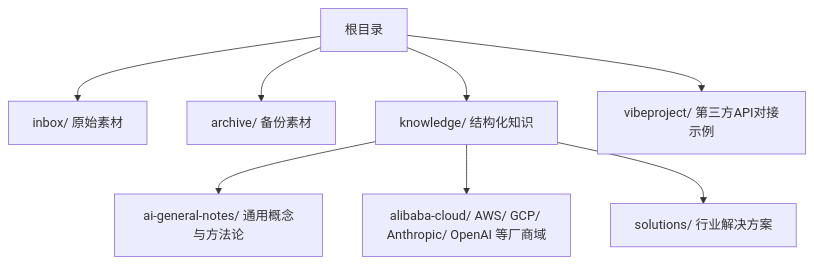
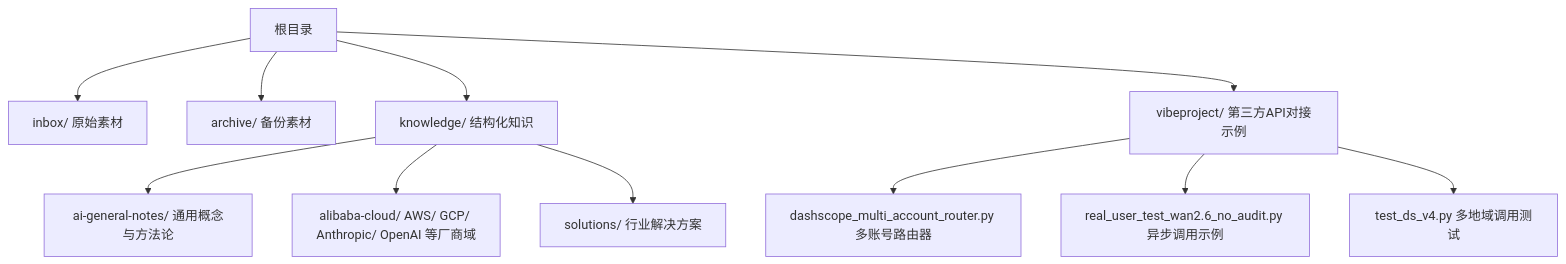
Before and after one commit to EthanNiWorld/AI-Native-SA-2026: the first of 5 diagrams in .qoder/repowiki/zh/content/扩展与定制/系统扩展指南.md, drawn with Mermaid. The commit also changed other lines of this file and 7 other files, not shown here.

````diff
--- a/.qoder/repowiki/zh/content/扩展与定制/系统扩展指南.md
+++ b/.qoder/repowiki/zh/content/扩展与定制/系统扩展指南.md
@@ -39,10 +45,13 @@
 ```mermaid
 graph TB
 A["根目录"] --> B["inbox/ 原始素材"]
 A --> C["archive/ 备份素材"]
 A --> D["knowledge/ 结构化知识"]
 D --> D1["ai-general-notes/ 通用概念与方法论"]
 D --> D2["alibaba-cloud/ AWS/ GCP/ Anthropic/ OpenAI 等厂商域"]
 D --> D3["solutions/ 行业解决方案"]
 A --> E["vibeproject/ 第三方API对接示例"]
+E --> E1["dashscope_multi_account_router.py 多账号路由器"]
+E --> E2["real_user_test_wan2.6_no_audit.py 异步调用示例"]
+E --> E3["test_ds_v4.py 多地域调用测试"]
 ```
````
